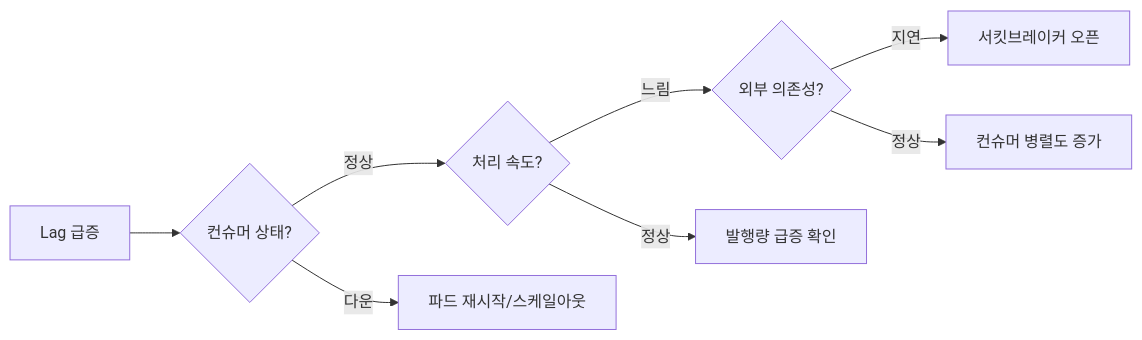
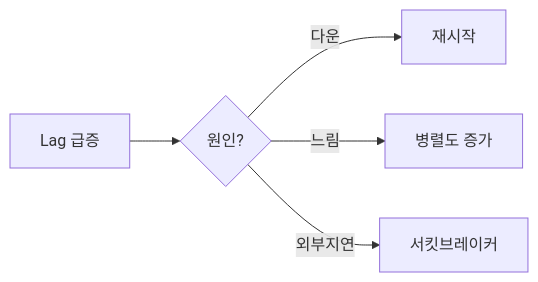
Diagram 11 of 12 in _posts/kafka/2026-05-03-kafka-practical-patterns.md (yjkim2015/yjkim2015.github.io), drawn with Mermaid before and after one commit. The commit also changed other lines of this file and 2 other files, not shown here.

First line of the commit message:
Mermaid CSS 원복(제한 없음) + Kafka 다이어그램 내용 축소

````diff
--- a/_posts/kafka/2026-05-03-kafka-practical-patterns.md
+++ b/_posts/kafka/2026-05-03-kafka-practical-patterns.md
@@ -788,10 +769,7 @@
 ```mermaid
 graph LR
-    LAG["Lag 급증"] --> Q1{"컨슈머 상태?"}
-    Q1 -->|"정상"| Q2{"처리 속도?"}
-    Q1 -->|"다운"| FIX1["파드 재시작/스케일아웃"]
-    Q2 -->|"느림"| Q3{"외부 의존성?"}
-    Q2 -->|"정상"| FIX2["발행량 급증 확인"]
-    Q3 -->|"지연"| FIX3["서킷브레이커 오픈"]
-    Q3 -->|"정상"| FIX4["컨슈머 병렬도 증가"]
+    L["Lag 급증"] --> Q{"원인?"}
+    Q -->|다운| A["재시작"]
+    Q -->|느림| B["병렬도 증가"]
+    Q -->|외부지연| C["서킷브레이커"]
 ```
````
